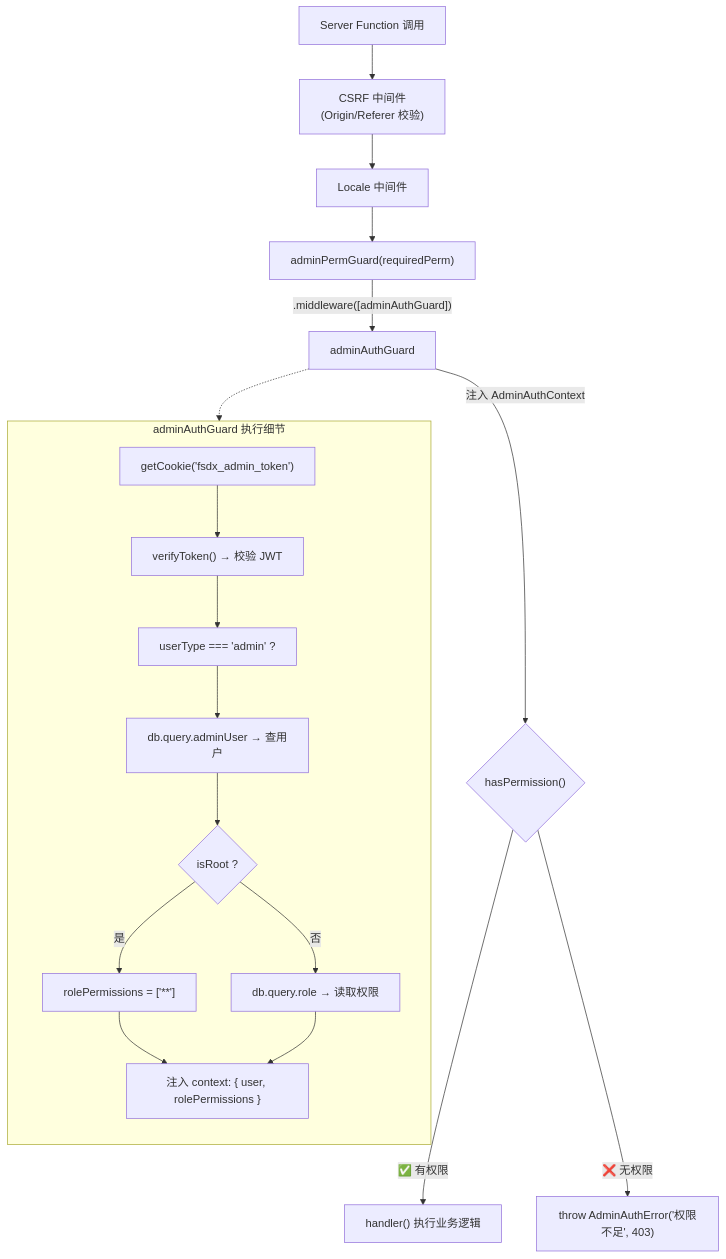
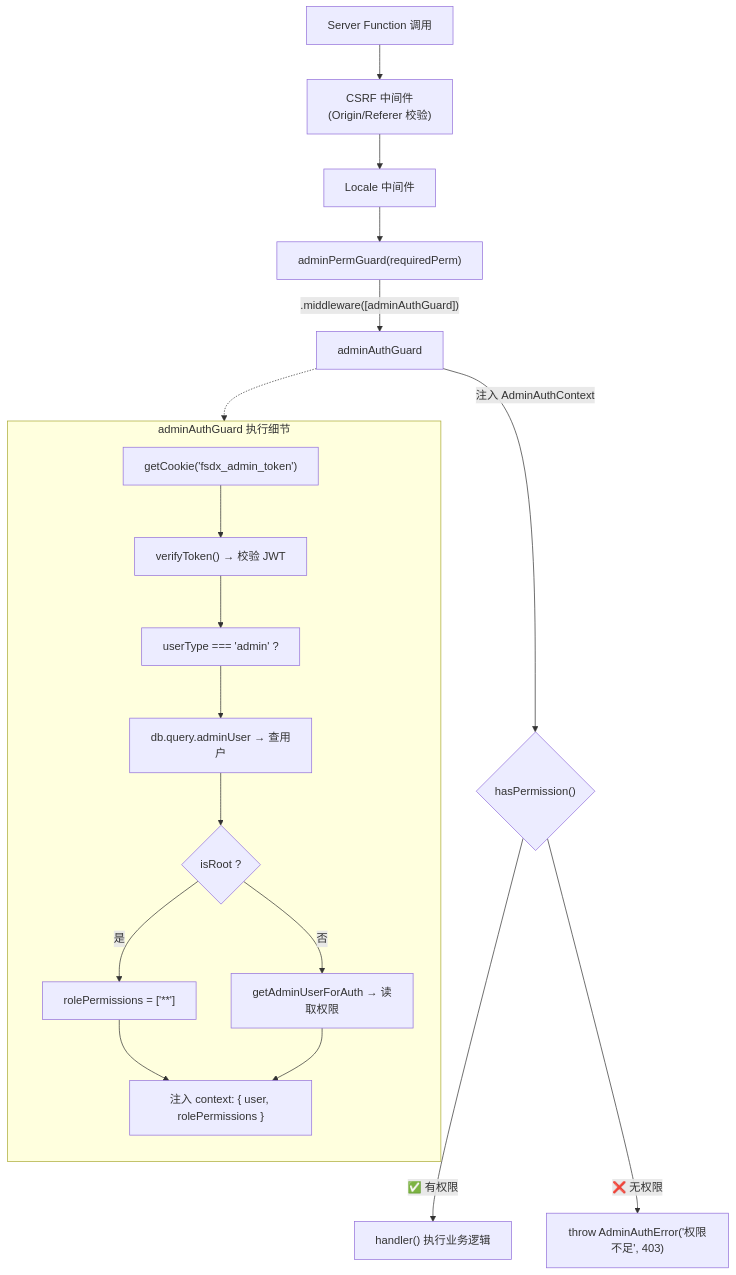
One commit to easyx-dev/fsdx changed the seventh of 10 diagrams in docs/auth-permission-model.md. Above: the diagram before and after it, drawn with Mermaid. The commit also changed other lines of this file and 11 other files, not shown here.

````diff
--- a/docs/auth-permission-model.md
+++ b/docs/auth-permission-model.md
@@ -341,35 +341,35 @@
 ```mermaid
 flowchart TD
     SF["Server Function 调用"]
     CSRF["CSRF 中间件<br/>(Origin/Referer 校验)"]
     Locale["Locale 中间件"]
     PermGuard["adminPermGuard(requiredPerm)"]
     AuthGuard["adminAuthGuard"]
     Handler["handler() 执行业务逻辑"]
 
     SF --> CSRF
     CSRF --> Locale
     Locale --> PermGuard
     PermGuard -->|".middleware([adminAuthGuard])"| AuthGuard
     AuthGuard -->|"注入 AdminAuthContext"| PermCheck{"hasPermission()"}
     PermCheck -->|"✅ 有权限"| Handler
     PermCheck -->|"❌ 无权限"| Error403["throw AdminAuthError('权限不足', 403)"]
 
     subgraph AuthGuardDetails["adminAuthGuard 执行细节"]
         direction TB
         A1["getCookie('fsdx_admin_token')"]
         A2["verifyToken() → 校验 JWT"]
         A3["userType === 'admin' ?"]
         A4["db.query.adminUser → 查用户"]
         A5{"isRoot ?"}
         A6["rolePermissions = ['**']"]
-        A7["db.query.role → 读取权限"]
+        A7["getAdminUserForAuth → 读取权限"]
         A8["注入 context: { user, rolePermissions }"]
 
         A1 --> A2 --> A3 --> A4 --> A5
         A5 -->|是| A6 --> A8
         A5 -->|否| A7 --> A8
     end
 
     AuthGuard -.-> AuthGuardDetails
 ```
````
